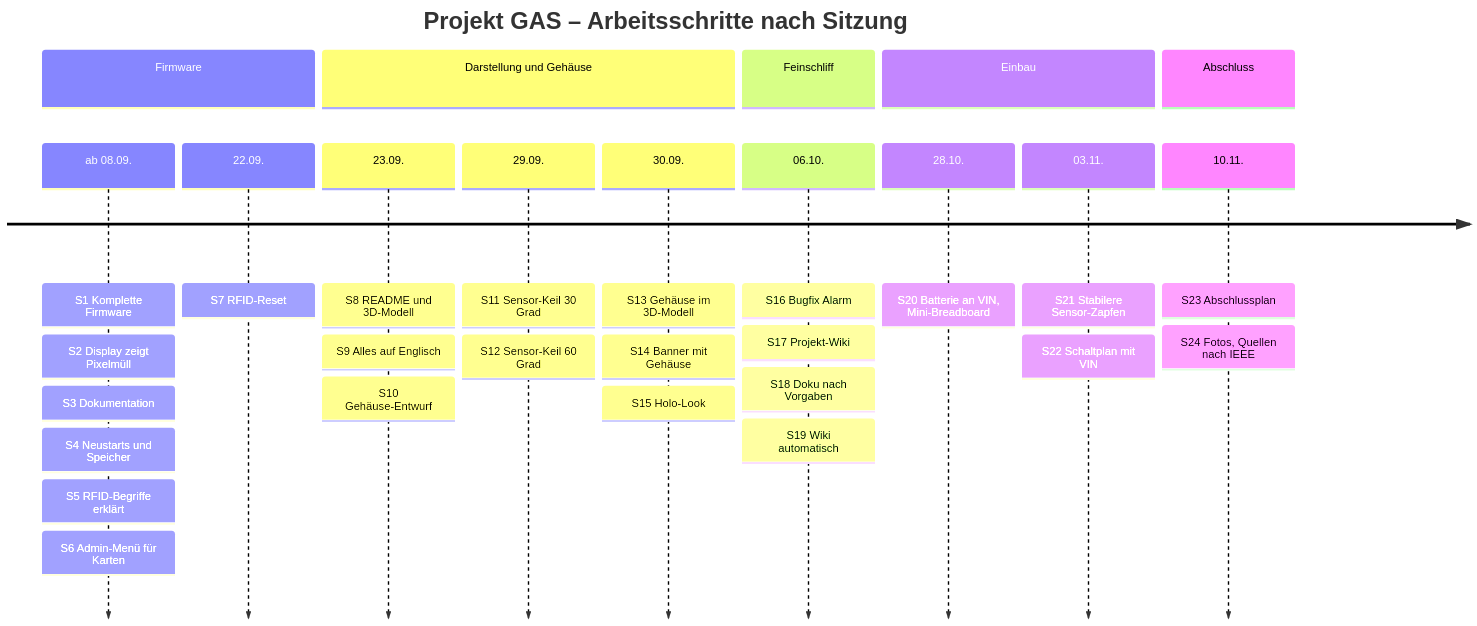
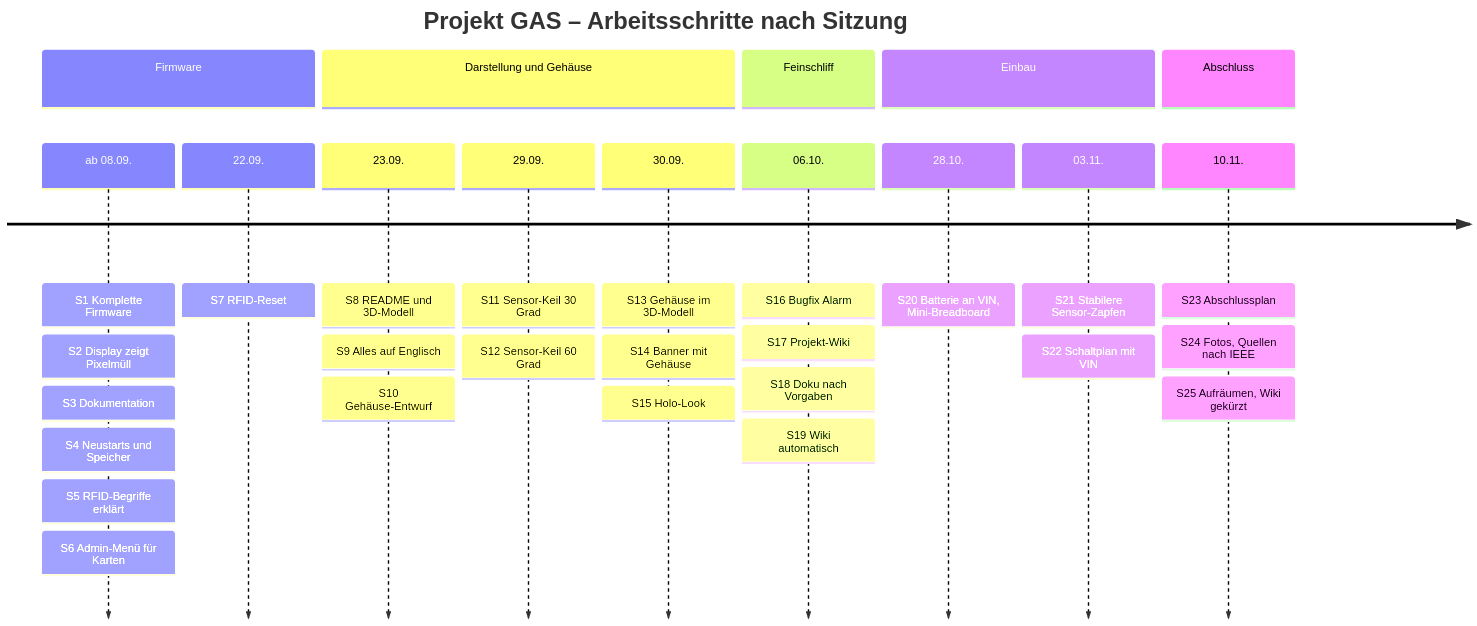
One commit to BBZ-AIFS51/LF7-Projekt_GAS changed the first of 3 diagrams in wiki/Entwicklungsverlauf.md. Above: the diagram before and after it, drawn with Mermaid. The commit also changed other lines of this file and 25 other files, not shown here.

````diff
--- a/wiki/Entwicklungsverlauf.md
+++ b/wiki/Entwicklungsverlauf.md
@@ -25,33 +23,34 @@
 ```mermaid
 timeline
     title Projekt GAS – Arbeitsschritte nach Sitzung
     section Firmware
         ab 08.09. : S1 Komplette Firmware
                   : S2 Display zeigt Pixelmüll
                   : S3 Dokumentation
                   : S4 Neustarts und Speicher
                   : S5 RFID-Begriffe erklärt
                   : S6 Admin-Menü für Karten
         22.09. : S7 RFID-Reset
     section Darstellung und Gehäuse
         23.09. : S8 README und 3D-Modell
                : S9 Alles auf Englisch
                : S10 Gehäuse-Entwurf
         29.09. : S11 Sensor-Keil 30 Grad
                : S12 Sensor-Keil 60 Grad
         30.09. : S13 Gehäuse im 3D-Modell
                : S14 Banner mit Gehäuse
                : S15 Holo-Look
     section Feinschliff
         06.10. : S16 Bugfix Alarm
                : S17 Projekt-Wiki
                : S18 Doku nach Vorgaben
                : S19 Wiki automatisch
     section Einbau
         28.10. : S20 Batterie an VIN, Mini-Breadboard
         03.11. : S21 Stabilere Sensor-Zapfen
                : S22 Schaltplan mit VIN
     section Abschluss
         10.11. : S23 Abschlussplan
                : S24 Fotos, Quellen nach IEEE
+               : S25 Aufräumen, Wiki gekürzt
 ```
````
